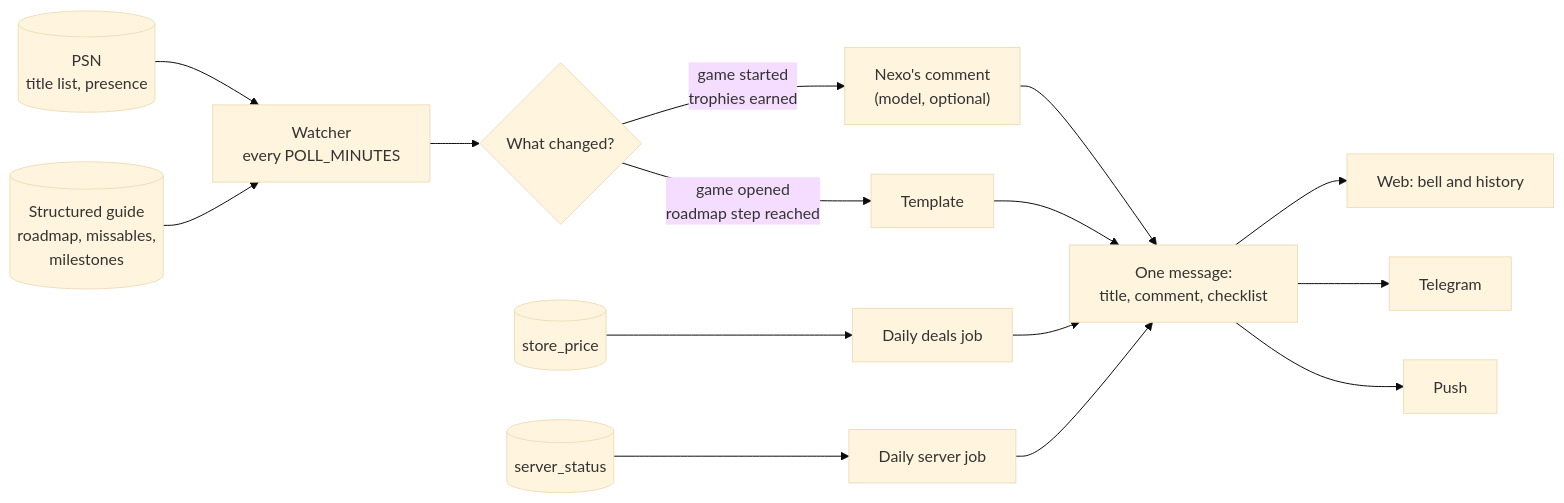
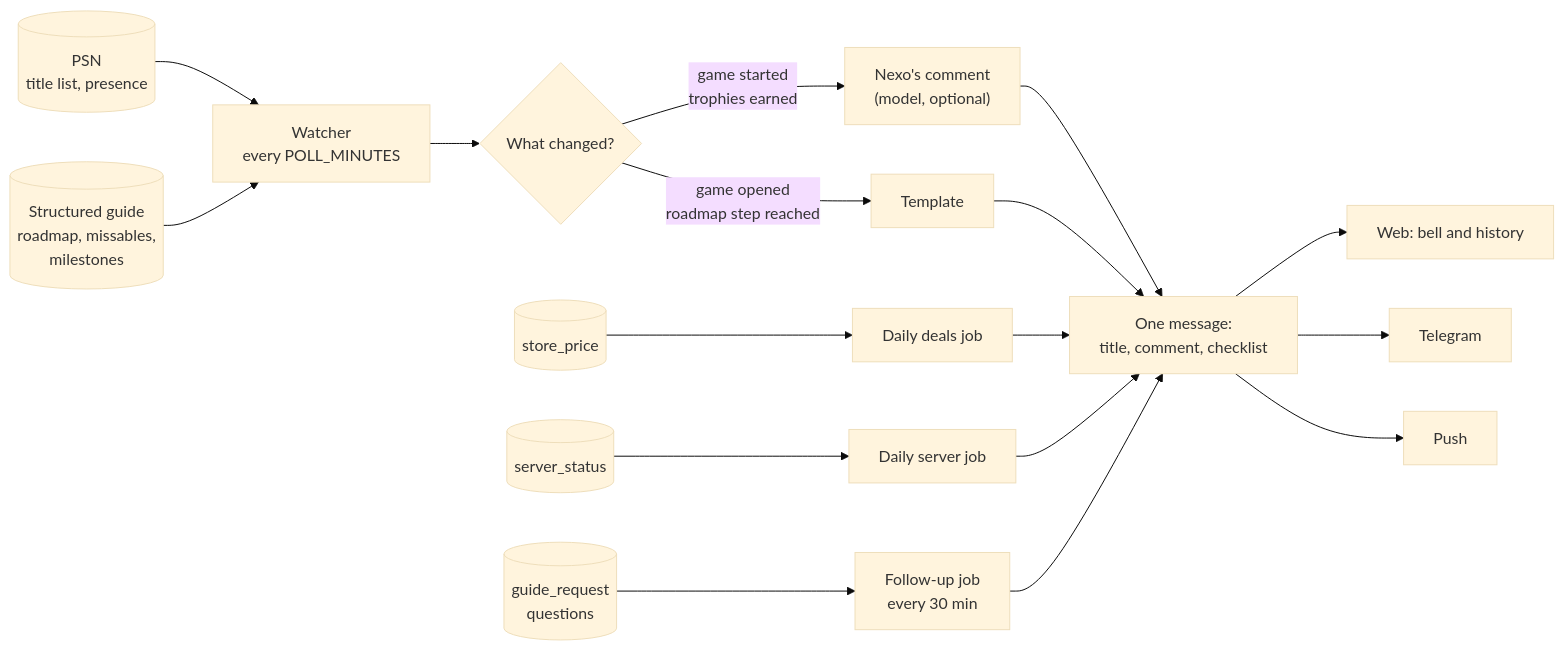
One commit to renatoaug/platjourney changed the diagram in docs/design/05-notifications.md. Above: the diagram before and after it, drawn with Mermaid (base theme). The commit also changed other lines of this file and 15 other files, not shown here.

````diff
--- a/docs/design/05-notifications.md
+++ b/docs/design/05-notifications.md
@@ -13,15 +13,16 @@
 ```mermaid
 flowchart LR
     psn[("PSN<br/>title list, presence")] --> watcher["Watcher<br/>every POLL_MINUTES"]
     guide[("Structured guide<br/>roadmap, missables,<br/>milestones")] --> watcher
     watcher --> news{"What changed?"}
     news -- "game started<br/>trophies earned" --> nexo["Nexo's comment<br/>(model, optional)"]
     news -- "game opened<br/>roadmap step reached" --> tpl["Template"]
     nexo --> msg["One message:<br/>title, comment, checklist"]
     tpl --> msg
     store[("store_price")] --> deals["Daily deals job"] --> msg
     servers[("server_status")] --> shut["Daily server job"] --> msg
+    gaps[("guide_request<br/>questions")] --> follow["Follow-up job<br/>every 30 min"] --> msg
     msg --> web["Web: bell and history"]
     msg --> tg["Telegram"]
     msg --> push["Push"]
 ```
````
